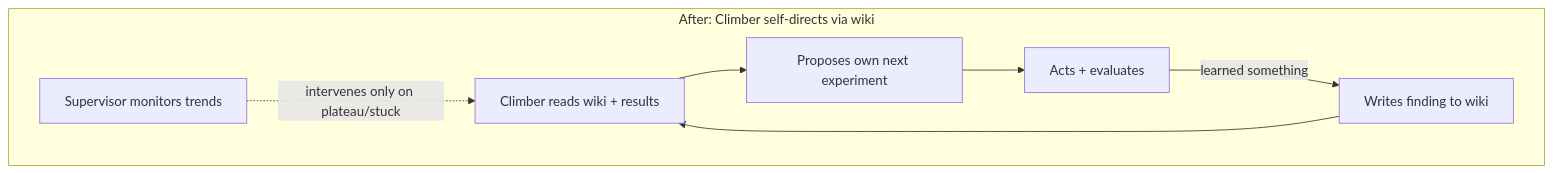
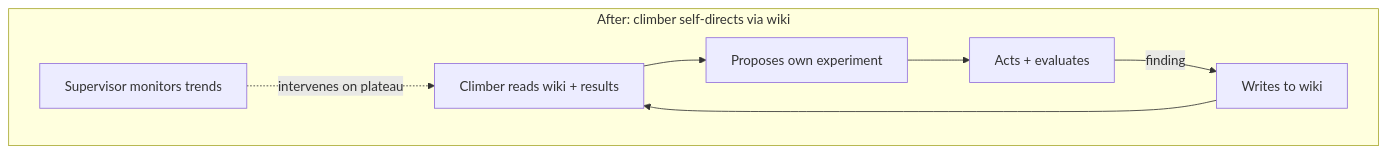
Before and after one commit to tkellogg/tkellogg.github.com: the fifth of 5 diagrams in _posts/2026-04-12-agents-create-work.md, drawn with Mermaid. The commit also changed other lines of this file, not shown here.

First line of the commit message:
blog: restructure with chiastic two-thread architecture

````diff
--- a/_posts/2026-04-12-agents-create-work.md
+++ b/_posts/2026-04-12-agents-create-work.md
@@ -195,10 +138,10 @@
 ```mermaid
 graph TD
-    subgraph "After: Climber self-directs via wiki"
-        C2[Climber reads wiki + results] --> P[Proposes own next experiment]
+    subgraph "After: climber self-directs via wiki"
+        C2[Climber reads wiki + results] --> P[Proposes own experiment]
         P --> A[Acts + evaluates]
-        A -->|learned something| W[Writes finding to wiki]
+        A -->|finding| W[Writes to wiki]
         W --> C2
-        S2[Supervisor monitors trends] -.->|intervenes only on plateau/stuck| C2
+        S2[Supervisor monitors trends] -.->|intervenes on plateau| C2
     end
 ```
````
